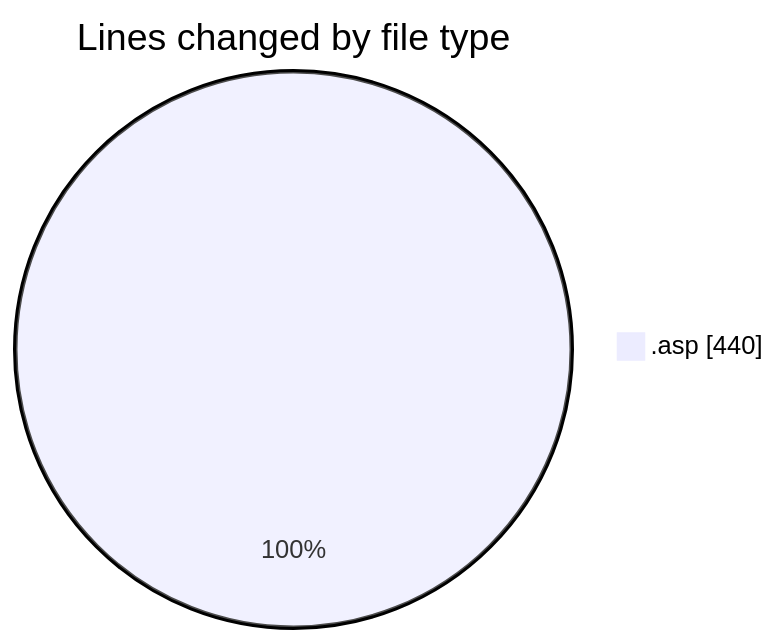
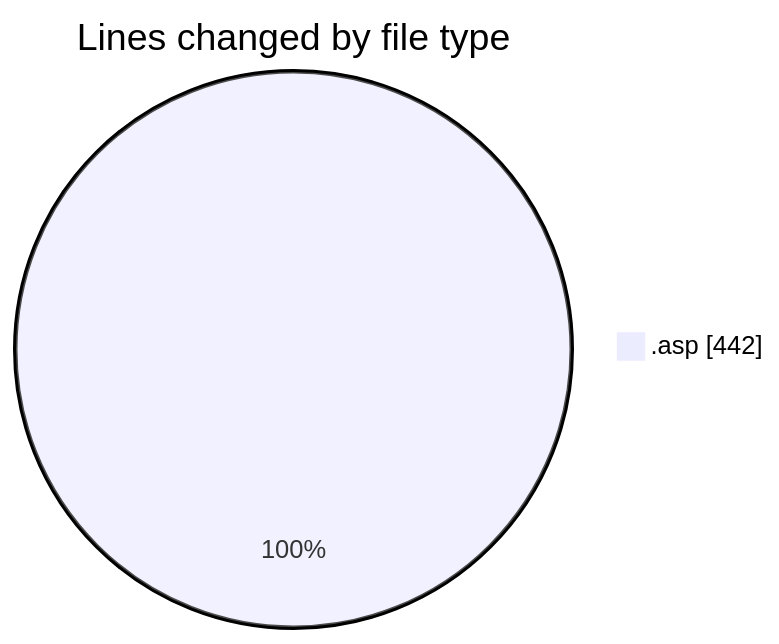
The first of 2 diagrams in 2025-10-07/cdp_aleoudev_fr__workspace_/README.md (julien-gomy/code-tracking), drawn with Mermaid before and after one commit. The commit also changed other lines of this file and 1 other file, not shown here.

````diff
--- a/2025-10-07/cdp_aleoudev_fr__workspace_/README.md
+++ b/2025-10-07/cdp_aleoudev_fr__workspace_/README.md
@@ -20,5 +21,5 @@
 ```mermaid
 pie showData
 title Lines changed by file type
-".asp" : 440
+".asp" : 442
 ```
````
